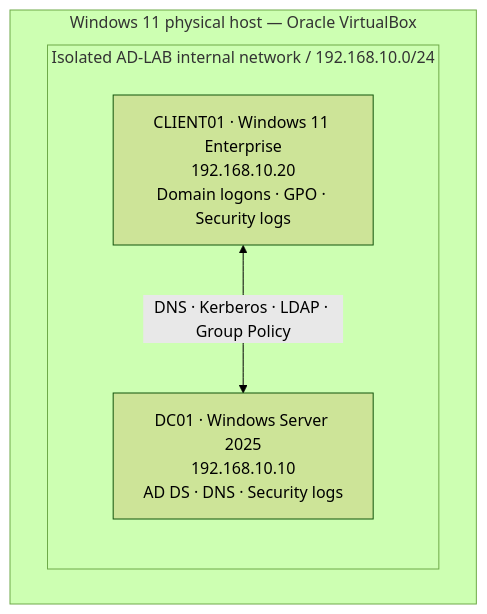
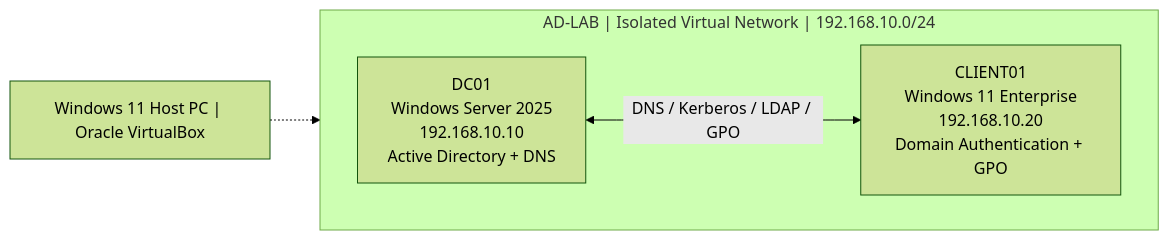
The diagram in diagrams/architecture.mmd (SemihE72345/active-directory-home-lab), drawn with Mermaid (forest theme) before and after one commit.

Commit message:
Improve network architecture diagram layout on architecture.mmd

```diff
--- a/diagrams/architecture.mmd
+++ b/diagrams/architecture.mmd
@@ -1,8 +1,9 @@
-flowchart TD
-    subgraph HOST[Windows 11 physical host — Oracle VirtualBox]
-      subgraph LAB[Isolated AD-LAB internal network / 192.168.10.0/24]
-        DC["DC01 · Windows Server 2025<br/>192.168.10.10<br/>AD DS · DNS · Security logs"]
-        CL["CLIENT01 · Windows 11 Enterprise<br/>192.168.10.20<br/>Domain logons · GPO · Security logs"]
-        CL <-->|"DNS · Kerberos · LDAP · Group Policy"| DC
-      end
+flowchart LR
+    subgraph LAB["AD-LAB | Isolated Virtual Network | 192.168.10.0/24"]
+        direction LR
+        DC["DC01<br/>Windows Server 2025<br/>192.168.10.10<br/>Active Directory + DNS"]
+        CLIENT["CLIENT01<br/>Windows 11 Enterprise<br/>192.168.10.20<br/>Domain Authentication + GPO"]
+        DC <-->|"DNS / Kerberos / LDAP / GPO"| CLIENT
     end
+
+    HOST["Windows 11 Host PC | Oracle VirtualBox"] -.-> LAB
```
